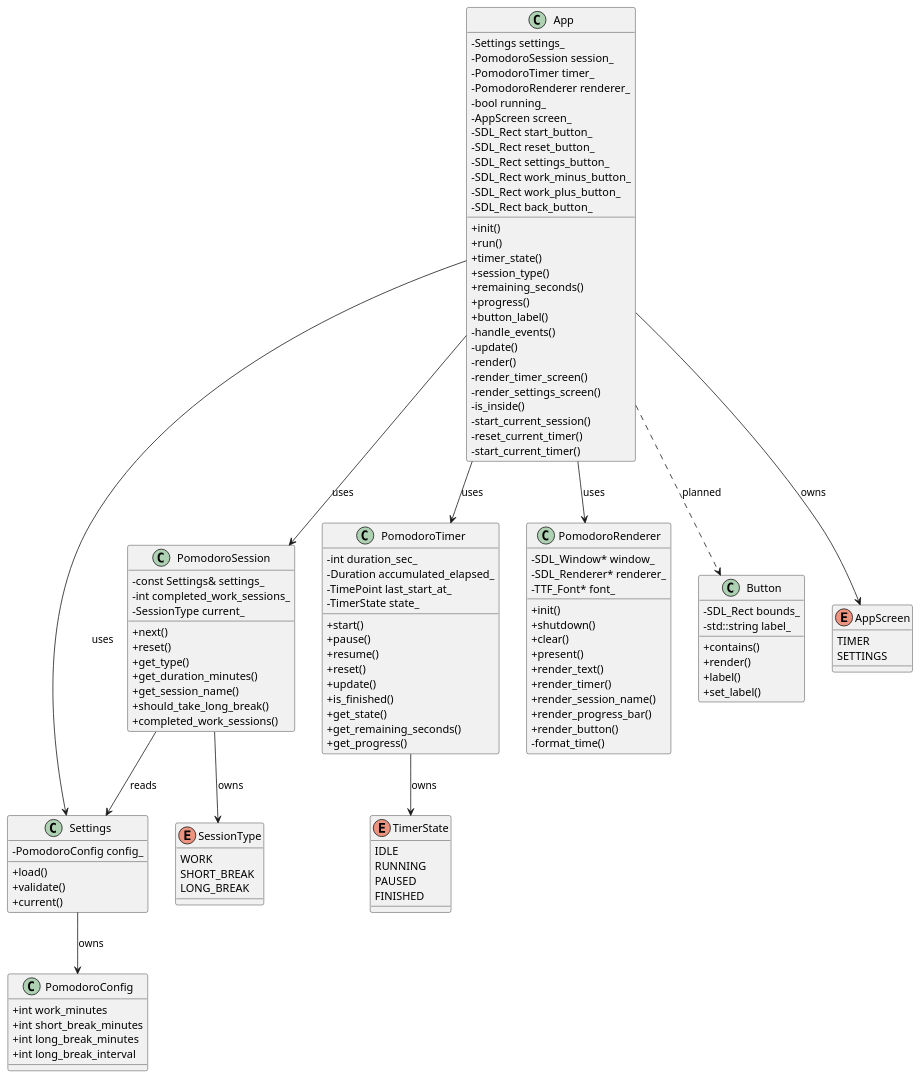
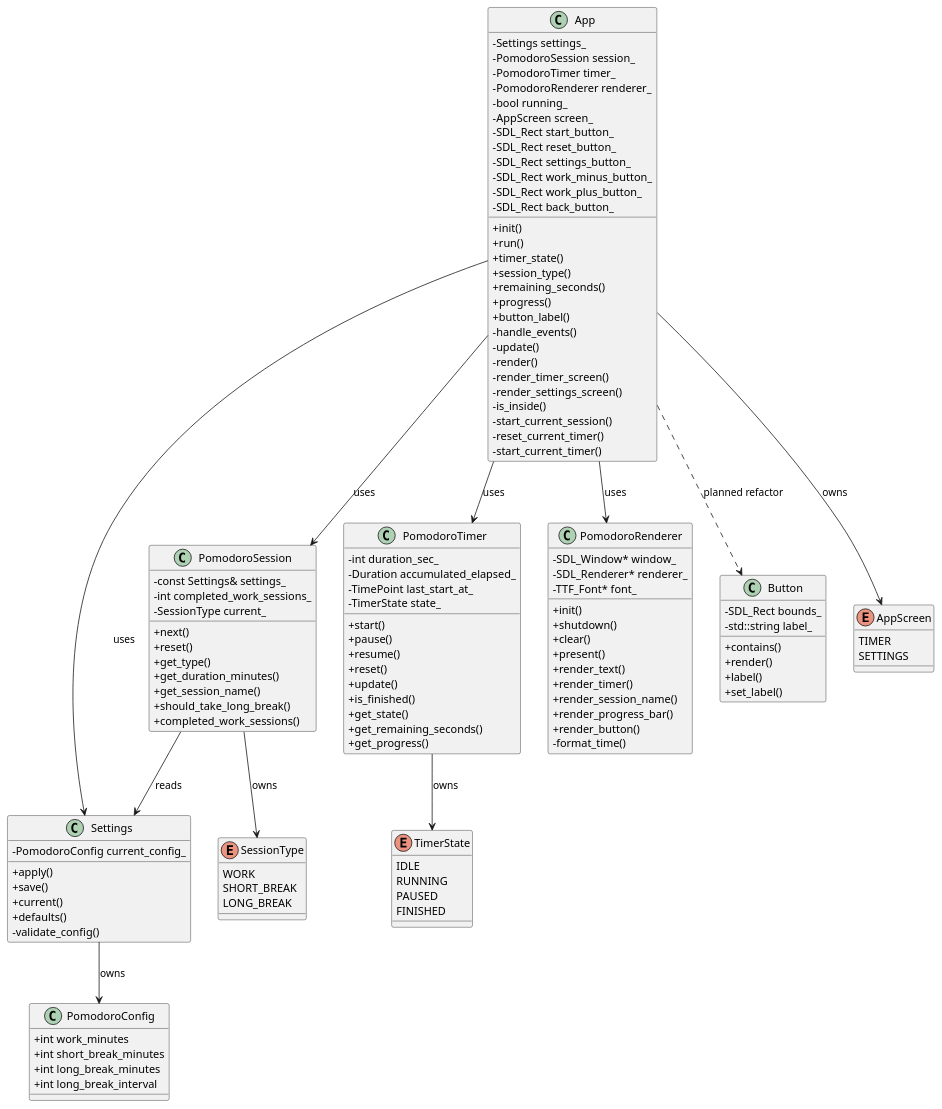
One commit to user4032438215/pomodoro-sdl2 changed the diagram in pomodoro/docs/diagrams/class-diagram-current.puml. Above: the diagram before and after it, drawn with PlantUML. The commit also changed 5 other files, not shown here.

```diff
--- a/pomodoro/docs/diagrams/class-diagram-current.puml
+++ b/pomodoro/docs/diagrams/class-diagram-current.puml
@@ -1,136 +1,138 @@
 @startuml
 skinparam classAttributeIconSize 0
 
 class App {
   - Settings settings_
   - PomodoroSession session_
   - PomodoroTimer timer_
   - PomodoroRenderer renderer_
   - bool running_
   - AppScreen screen_
   - SDL_Rect start_button_
   - SDL_Rect reset_button_
   - SDL_Rect settings_button_
   - SDL_Rect work_minus_button_
   - SDL_Rect work_plus_button_
   - SDL_Rect back_button_
 
   + init()
   + run()
   + timer_state()
   + session_type()
   + remaining_seconds()
   + progress()
   + button_label()
   - handle_events()
   - update()
   - render()
   - render_timer_screen()
   - render_settings_screen()
   - is_inside()
   - start_current_session()
   - reset_current_timer()
   - start_current_timer()
 }
 
 class Settings {
-  - PomodoroConfig config_
-  + load()
-  + validate()
+  - PomodoroConfig current_config_
+  + apply()
+  + save()
   + current()
+  + defaults()
+  - validate_config()
 }
 
 class PomodoroConfig {
   + int work_minutes
   + int short_break_minutes
   + int long_break_minutes
   + int long_break_interval
 }
 
 class PomodoroSession {
   - const Settings& settings_
   - int completed_work_sessions_
   - SessionType current_
 
   + next()
   + reset()
   + get_type()
   + get_duration_minutes()
   + get_session_name()
   + should_take_long_break()
   + completed_work_sessions()
 }
 
 class PomodoroTimer {
   - int duration_sec_
   - Duration accumulated_elapsed_
   - TimePoint last_start_at_
   - TimerState state_
 
   + start()
   + pause()
   + resume()
   + reset()
   + update()
   + is_finished()
   + get_state()
   + get_remaining_seconds()
   + get_progress()
 }
 
 class PomodoroRenderer {
   - SDL_Window* window_
   - SDL_Renderer* renderer_
   - TTF_Font* font_
 
   + init()
   + shutdown()
   + clear()
   + present()
   + render_text()
   + render_timer()
   + render_session_name()
   + render_progress_bar()
   + render_button()
   - format_time()
 }
 
 class Button {
   - SDL_Rect bounds_
   - std::string label_
 
   + contains()
   + render()
   + label()
   + set_label()
 }
 
 enum AppScreen {
   TIMER
   SETTINGS
 }
 
 enum SessionType {
   WORK
   SHORT_BREAK
   LONG_BREAK
 }
 
 enum TimerState {
   IDLE
   RUNNING
   PAUSED
   FINISHED
 }
 
 App --> Settings : uses
 App --> PomodoroSession : uses
 App --> PomodoroTimer : uses
 App --> PomodoroRenderer : uses
 App --> AppScreen : owns
 Settings --> PomodoroConfig : owns
 PomodoroSession --> Settings : reads
 PomodoroSession --> SessionType : owns
 PomodoroTimer --> TimerState : owns
-App ..> Button : planned
+App ..> Button : planned refactor
 @enduml
```
